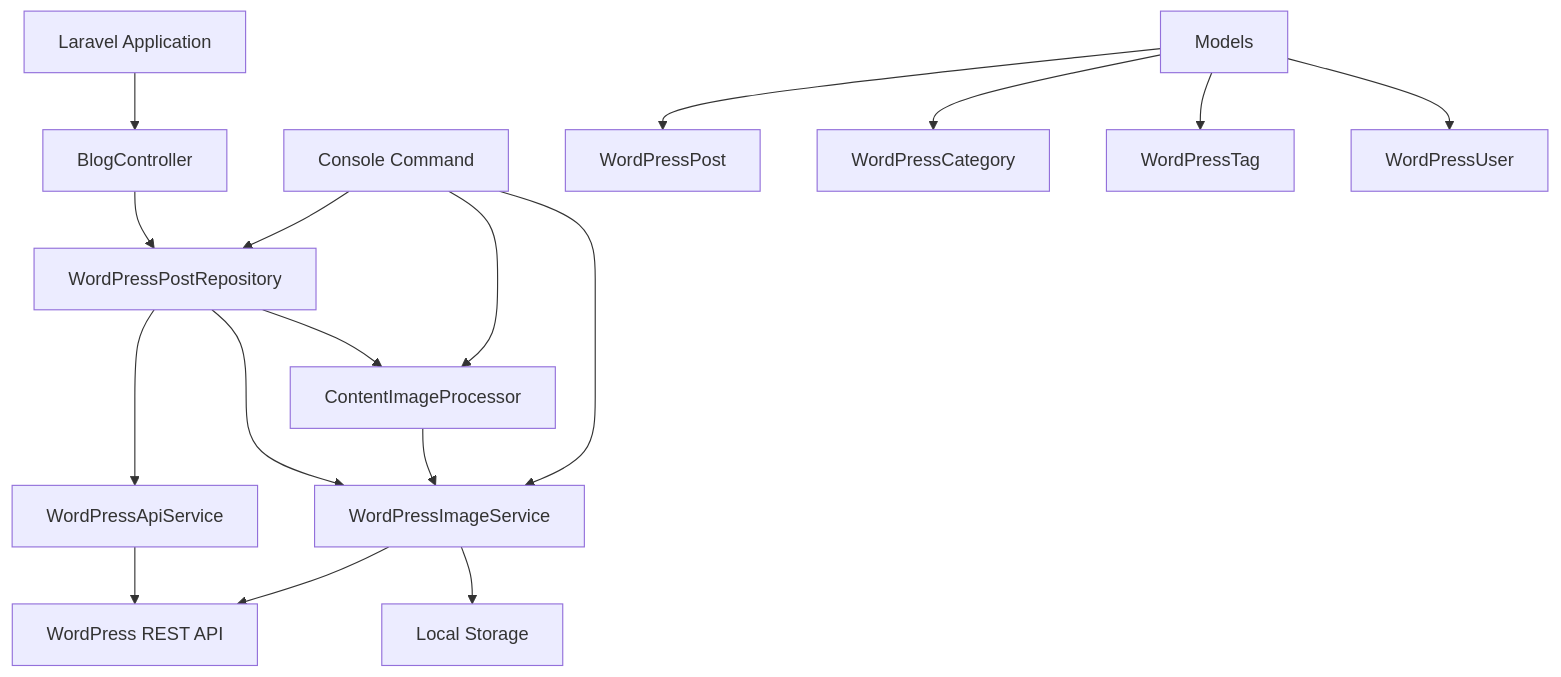
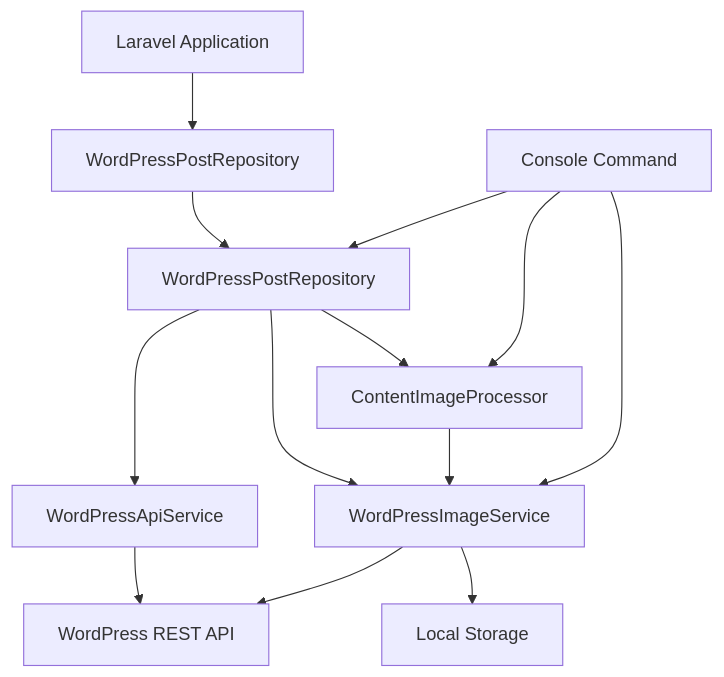
One commit to kalprajsolutions/laravel-wordpress-cda changed the first of 2 diagrams in README.md. Above: the diagram before and after it, drawn with Mermaid. The commit also changed other lines of this file and 1 other file, not shown here.

````diff
--- a/README.md
+++ b/README.md
@@ -214,21 +196,16 @@
 ```mermaid
 graph TB
-    A[Laravel Application] --> B[BlogController]
+    A[Laravel Application] --> B[WordPressPostRepository]
     B --> C[WordPressPostRepository]
     C --> D[WordPressApiService]
     C --> E[WordPressImageService]
     D --> F[WordPress REST API]
     E --> G[Local Storage]
     E --> F
     C --> H[ContentImageProcessor]
     H --> E
-    
+
     I[Console Command] --> C
     I --> E
     I --> H
-    
-    J[Models] --> K[WordPressPost]
-    J --> L[WordPressCategory]
-    J --> M[WordPressTag]
-    J --> N[WordPressUser]
 ```
````
